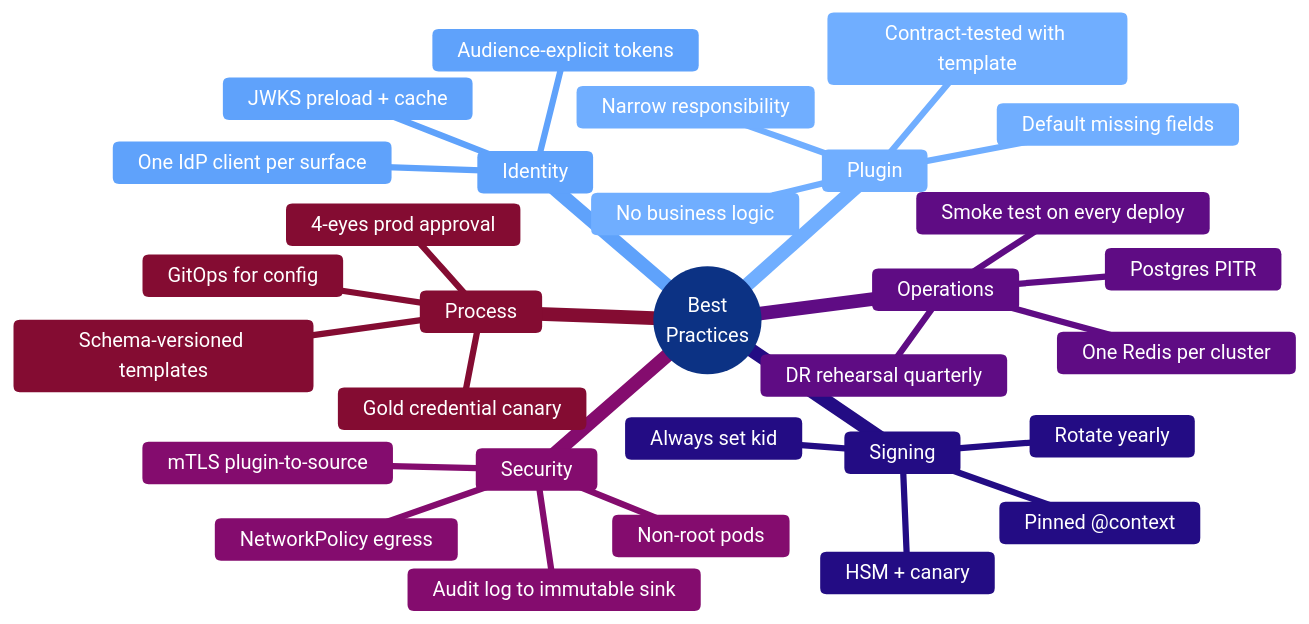
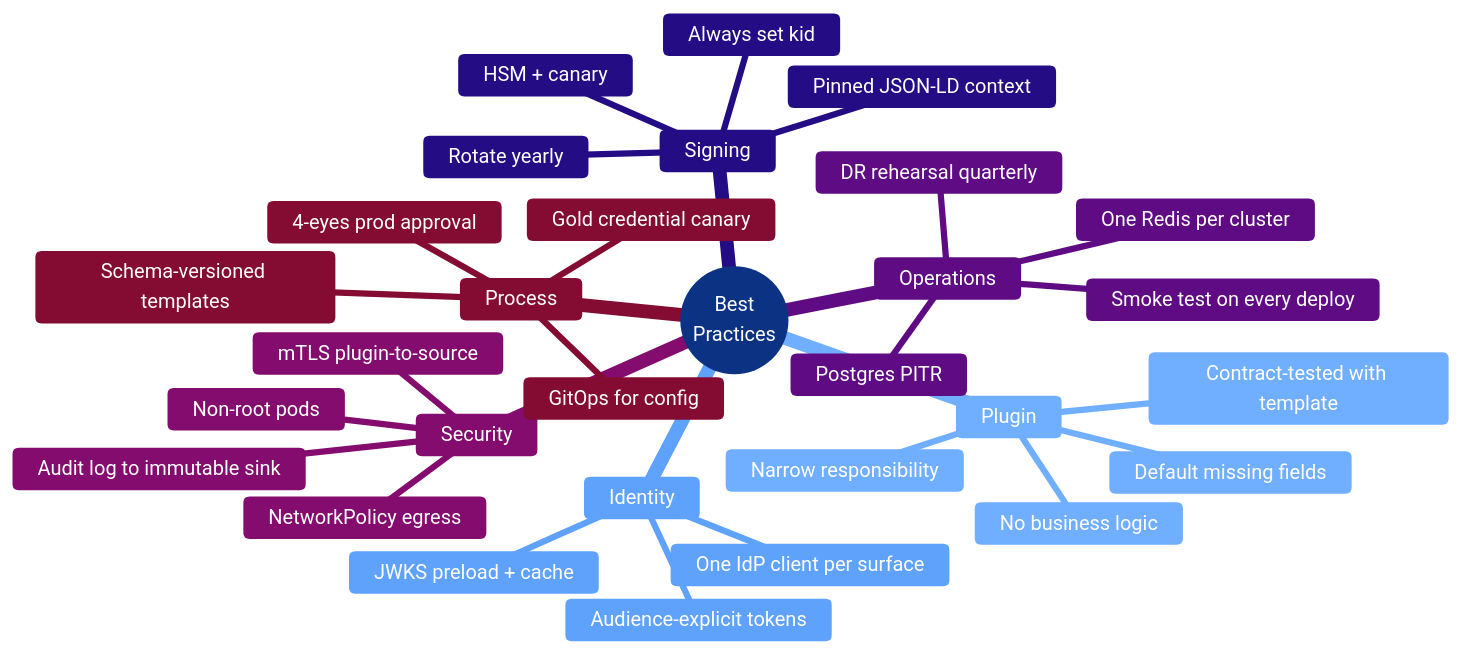
Before and after one commit to viitoradmin/inji-digital-health-id: the fifth of 5 diagrams in developer docs/16-Troubleshooting-and-Best-Practices.md, drawn with Mermaid. The commit also changed 3 other files, not shown here.

Commit message:
fix(docs): remove @ from mermaid diagrams for GitHub rendering

````diff
--- a/developer docs/16-Troubleshooting-and-Best-Practices.md
+++ b/developer docs/16-Troubleshooting-and-Best-Practices.md
@@ -311,42 +311,42 @@
 ```mermaid
 %%{init: {'theme':'base', 'themeVariables': {
   'primaryColor': '#2563EB',
   'primaryTextColor': '#FFFFFF',
   'primaryBorderColor': '#1E3A8A',
   'lineColor': '#475569',
   'secondaryColor': '#DBEAFE',
   'tertiaryColor': '#EFF6FF',
   'fontFamily': 'system-ui, sans-serif'
 }}}%%
 mindmap
   root((Best<br/>Practices))
     Identity
       Audience-explicit tokens
       JWKS preload + cache
       One IdP client per surface
     Plugin
       Narrow responsibility
       Default missing fields
       Contract-tested with template
       No business logic
     Signing
       Always set kid
       Rotate yearly
       HSM + canary
-      Pinned @context
+      Pinned JSON-LD context
     Operations
       One Redis per cluster
       Postgres PITR
       DR rehearsal quarterly
       Smoke test on every deploy
     Security
       Non-root pods
       mTLS plugin-to-source
       NetworkPolicy egress
       Audit log to immutable sink
     Process
       GitOps for config
       Schema-versioned templates
       4-eyes prod approval
       Gold credential canary
 ```
````
